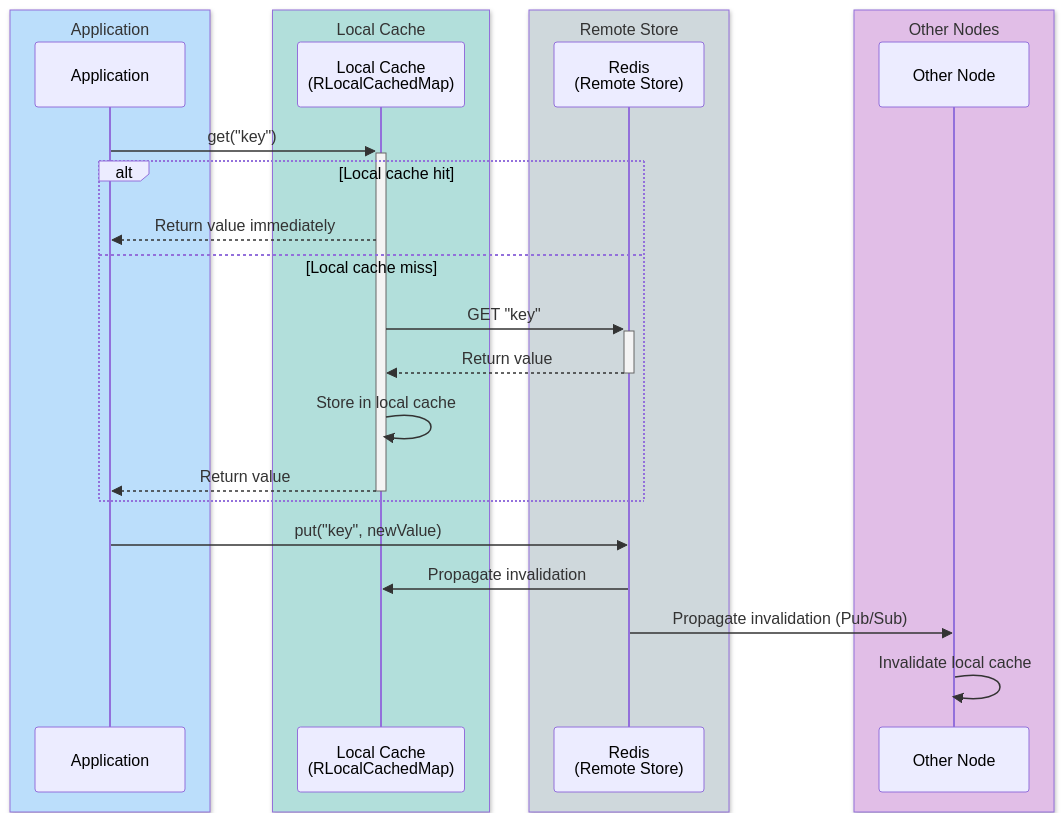
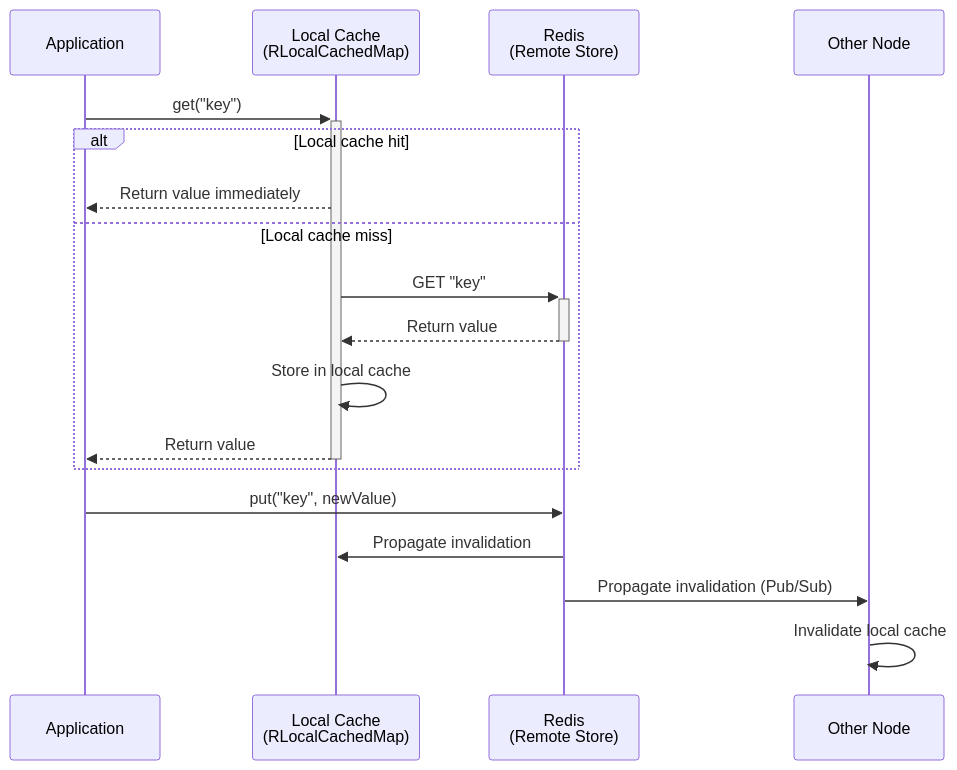
One commit to bluetape4k/bluetape4k-projects changed the third of 4 diagrams in infra/redisson/README.md. Above: the diagram before and after it, drawn with Mermaid. The commit also changed other lines of this file and 219 other files, not shown here.

First line of the commit message:
docs: 전체 README Mermaid 다이어그램 가이드 적용

````diff
--- a/infra/redisson/README.md
+++ b/infra/redisson/README.md
@@ -406,30 +400,22 @@
 ```mermaid
 sequenceDiagram
-    box rgb(187,222,251) Application
     participant App as Application
-    end
-    box rgb(178,223,219) Local Cache
     participant Local as Local Cache<br/>(RLocalCachedMap)
-    end
-    box rgb(207,216,220) Remote Store
     participant Redis as Redis<br/>(Remote Store)
-    end
-    box rgb(225,190,231) Other Nodes
     participant Other as Other Node
-    end
 
     App->>+Local: get("key")
     alt Local cache hit
         Local-->>App: Return value immediately
     else Local cache miss
         Local->>+Redis: GET "key"
         Redis-->>-Local: Return value
         Local->>Local: Store in local cache
         Local-->>-App: Return value
     end
 
     App->>Redis: put("key", newValue)
     Redis->>Local: Propagate invalidation
     Redis->>Other: Propagate invalidation (Pub/Sub)
     Other->>Other: Invalidate local cache
 ```
````
